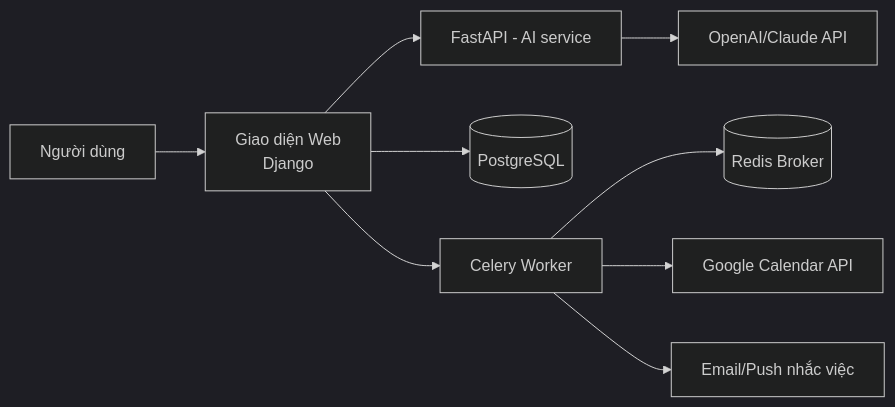
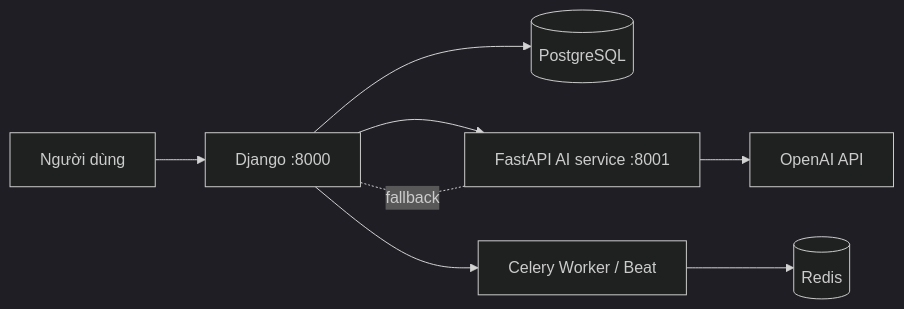
The diagram in README.md (trancuong211/StudyFlow), drawn with Mermaid (dark theme) before and after one commit. The commit also changed other lines of this file and 43 other files, not shown here.

````diff
--- a/README.md
+++ b/README.md
@@ -36,11 +33,10 @@
 ```mermaid
 flowchart LR
-    U[Người dùng] --> FE[Giao diện Web<br/>Django]
-    FE --> API[FastAPI - AI service]
+    U[Người dùng] --> FE[Django :8000]
     FE --> DB[(PostgreSQL)]
-    FE --> Q[Celery Worker]
-    Q --> Redis[(Redis Broker)]
-    Q --> GCal[Google Calendar API]
-    API --> LLM[OpenAI/Claude API]
-    Q --> Notify[Email/Push nhắc việc]
+    FE --> API[FastAPI AI service :8001]
+    FE --> Q[Celery Worker / Beat]
+    Q --> Redis[(Redis)]
+    API --> LLM[OpenAI API]
+    API -.fallback.- FE
 ```
````
